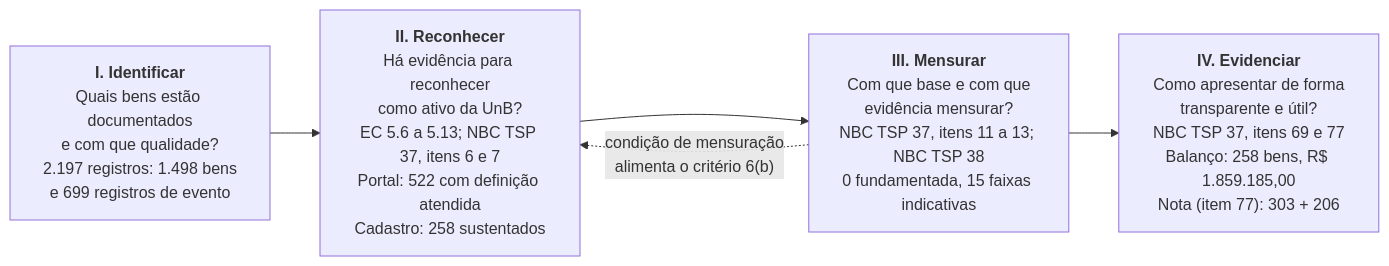
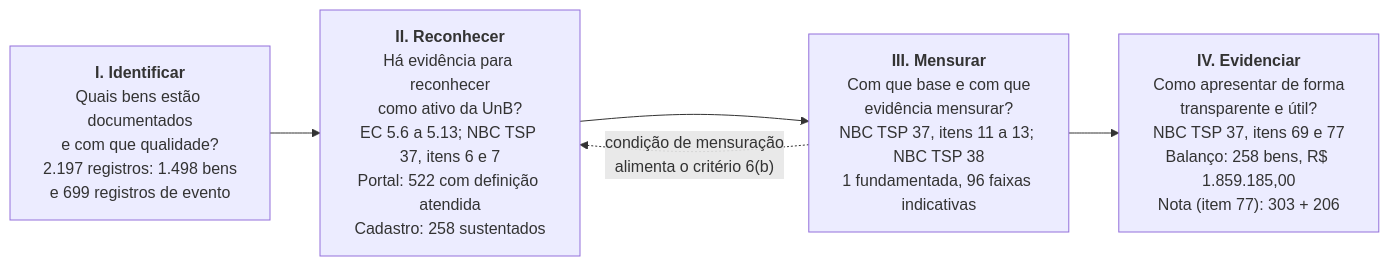
One commit to atalaiaempreendimentos-bot/hackhathonunb changed the first of 2 diagrams in README.md. Above: the diagram before and after it, drawn with Mermaid. The commit also changed other lines of this file and 18 other files, not shown here.

````diff
--- a/README.md
+++ b/README.md
@@ -80,9 +80,9 @@
 ```mermaid
 flowchart LR
   I["<b>I. Identificar</b><br/>Quais bens estão documentados<br/>e com que qualidade?<br/>2.197 registros: 1.498 bens<br/>e 699 registros de evento"]
   R["<b>II. Reconhecer</b><br/>Há evidência para reconhecer<br/>como ativo da UnB?<br/>EC 5.6 a 5.13; NBC TSP 37, itens 6 e 7<br/>Portal: 522 com definição atendida<br/>Cadastro: 258 sustentados"]
-  M["<b>III. Mensurar</b><br/>Com que base e com que<br/>evidência mensurar?<br/>NBC TSP 37, itens 11 a 13; NBC TSP 38<br/>0 fundamentada, 15 faixas indicativas"]
+  M["<b>III. Mensurar</b><br/>Com que base e com que<br/>evidência mensurar?<br/>NBC TSP 37, itens 11 a 13; NBC TSP 38<br/>1 fundamentada, 96 faixas indicativas"]
   E["<b>IV. Evidenciar</b><br/>Como apresentar de forma<br/>transparente e útil?<br/>NBC TSP 37, itens 69 e 77<br/>Balanço: 258 bens, R$ 1.859.185,00<br/>Nota (item 77): 303 + 206"]
   I --> R --> M --> E
   M -. "condição de mensuração<br/>alimenta o critério 6(b)" .-> R
 ```
````
